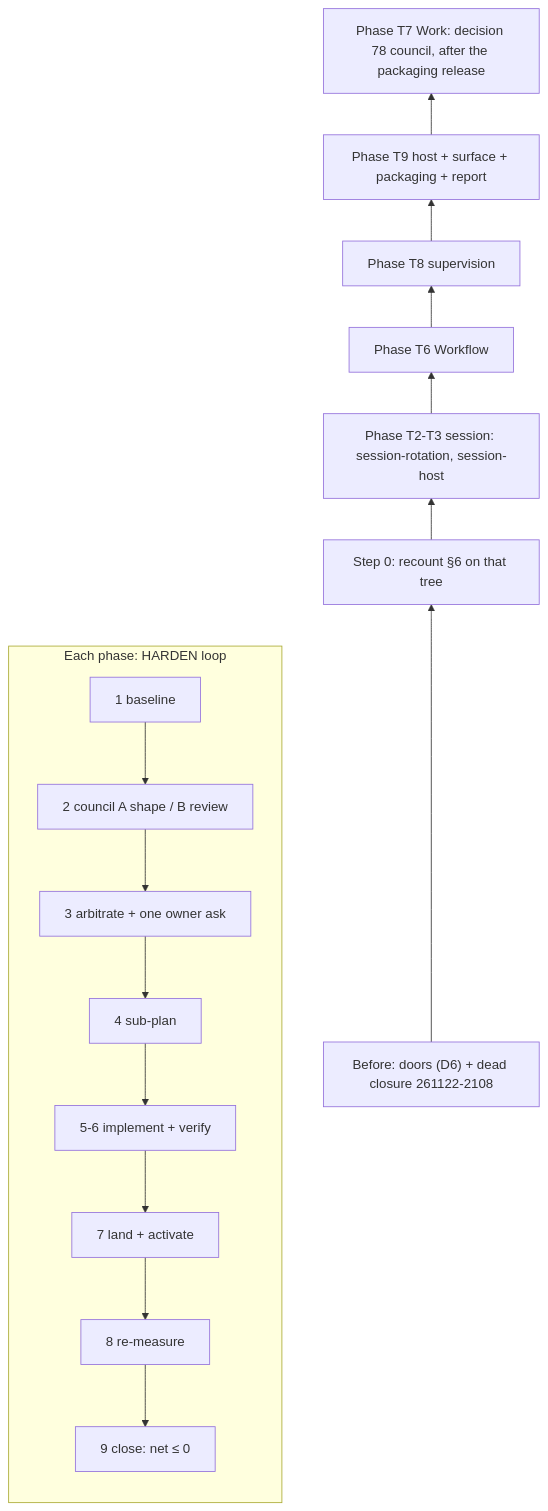
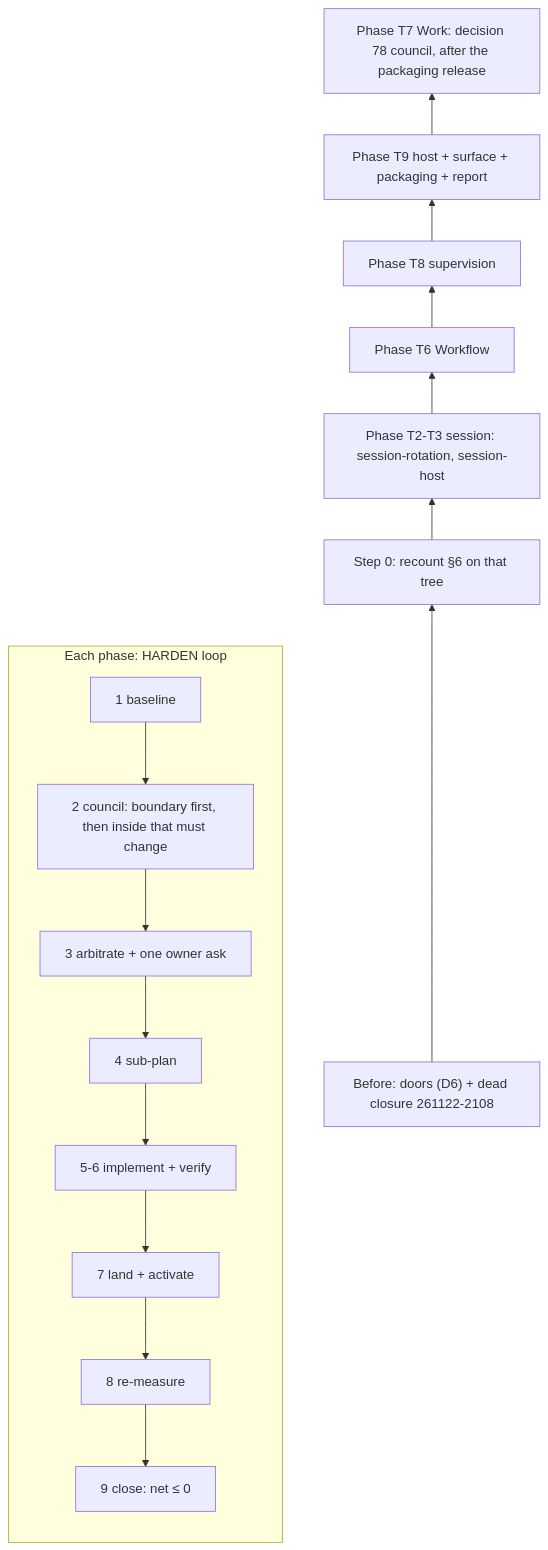
One commit to vantt/forgent changed the diagram in plans/discussions/ds-wqsrwmiier-harden-next-round/DISCUSSION.md. Above: the diagram before and after it, drawn with Mermaid. The commit also changed other lines of this file, not shown here.

Commit message:
docs(discussion): harden next round settles the boundary first and still changes the inside that must change

````diff
--- a/plans/discussions/ds-wqsrwmiier-harden-next-round/DISCUSSION.md
+++ b/plans/discussions/ds-wqsrwmiier-harden-next-round/DISCUSSION.md
@@ -170,12 +174,12 @@
 ```mermaid
 flowchart BT
   pre["Before: doors (D6) + dead closure 261122-2108"] --> s0["Step 0: recount §6 on that tree"]
   s0 --> T23["Phase T2-T3 session: session-rotation, session-host"]
   T23 --> T6["Phase T6 Workflow"]
   T6 --> T8["Phase T8 supervision"]
   T8 --> T9["Phase T9 host + surface + packaging + report"]
   T9 --> T7["Phase T7 Work: decision 78 council, after the packaging release"]
   subgraph loop["Each phase: HARDEN loop"]
-    a[1 baseline] --> b[2 council A shape / B review] --> c[3 arbitrate + one owner ask] --> d[4 sub-plan] --> e[5-6 implement + verify] --> f[7 land + activate] --> g[8 re-measure] --> h[9 close: net ≤ 0]
+    a[1 baseline] --> b[2 council: boundary first, then inside that must change] --> c[3 arbitrate + one owner ask] --> d[4 sub-plan] --> e[5-6 implement + verify] --> f[7 land + activate] --> g[8 re-measure] --> h[9 close: net ≤ 0]
   end
 ```
````
